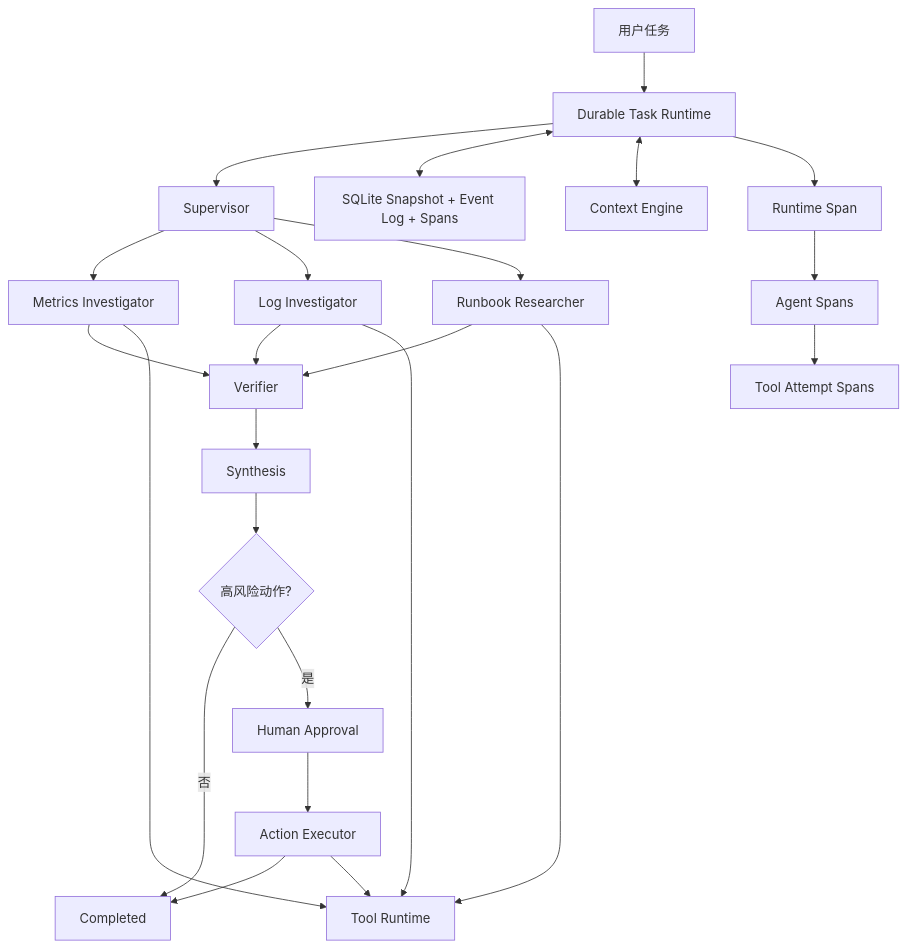
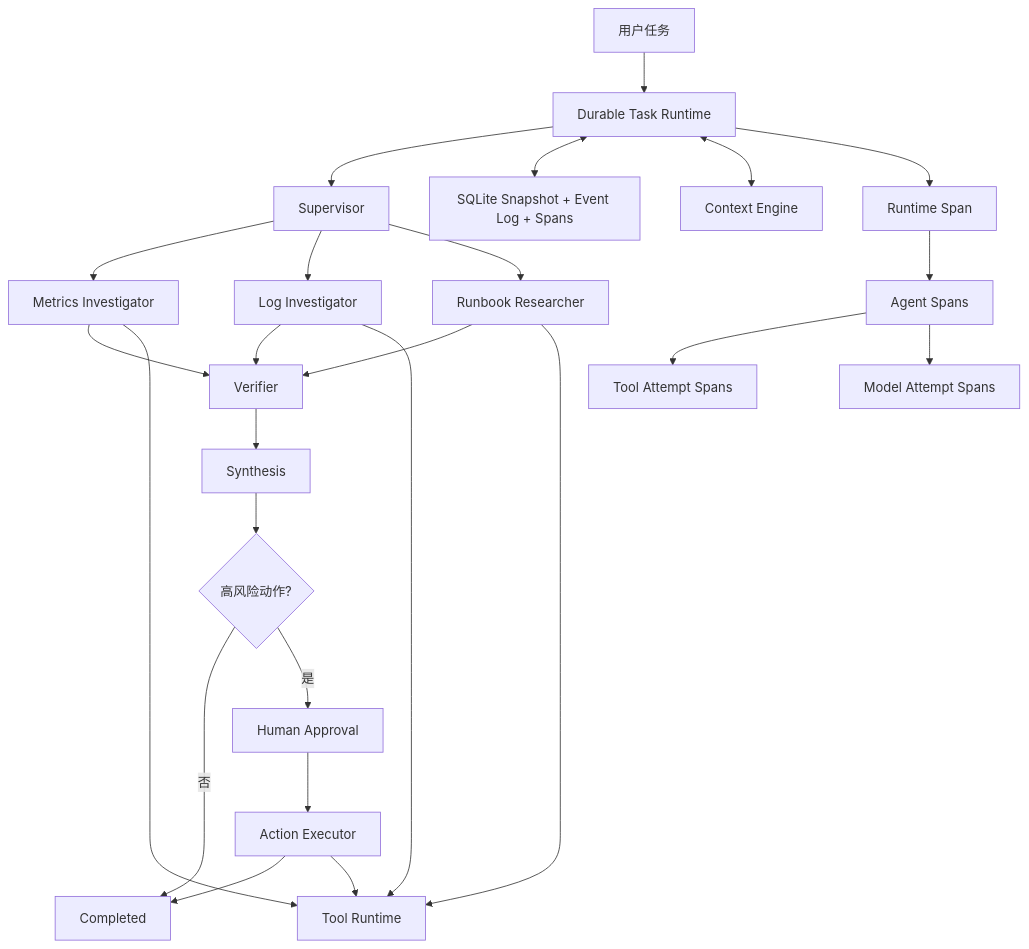
One commit to WeSsZz/AI-Engineer-Roadmap-2026 changed the first of 3 diagrams in projects/enterprise-agent/architecture.md. Above: the diagram before and after it, drawn with Mermaid. The commit also changed other lines of this file and 13 other files, not shown here.

````diff
--- a/projects/enterprise-agent/architecture.md
+++ b/projects/enterprise-agent/architecture.md
@@ -20,27 +20,28 @@
 ```mermaid
 flowchart TD
     U["用户任务"] --> R["Durable Task Runtime"]
     R --> S["Supervisor"]
     S --> M["Metrics Investigator"]
     S --> L["Log Investigator"]
     S --> K["Runbook Researcher"]
     M --> V["Verifier"]
     L --> V
     K --> V
     V --> Y["Synthesis"]
     Y --> A{"高风险动作?"}
     A -->|否| C["Completed"]
     A -->|是| H["Human Approval"]
     H --> X["Action Executor"]
     X --> C
 
     R <--> DB["SQLite Snapshot + Event Log + Spans"]
     R <--> CTX["Context Engine"]
     M --> TG["Tool Runtime"]
     L --> TG
     K --> TG
     X --> TG
     R --> TR["Runtime Span"]
     TR --> AS["Agent Spans"]
     AS --> TS["Tool Attempt Spans"]
+    AS --> MS["Model Attempt Spans"]
 ```
````
